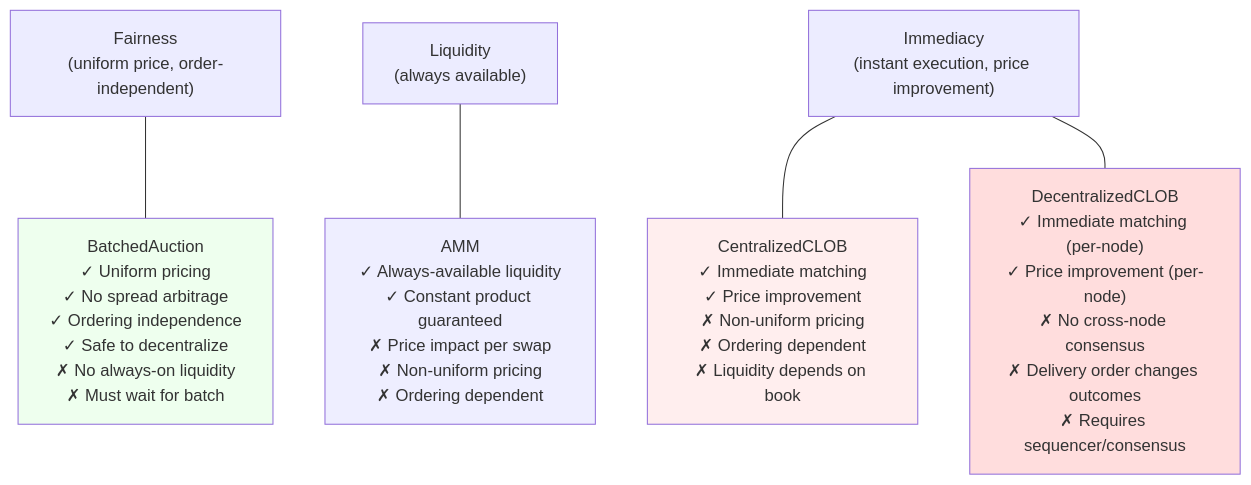
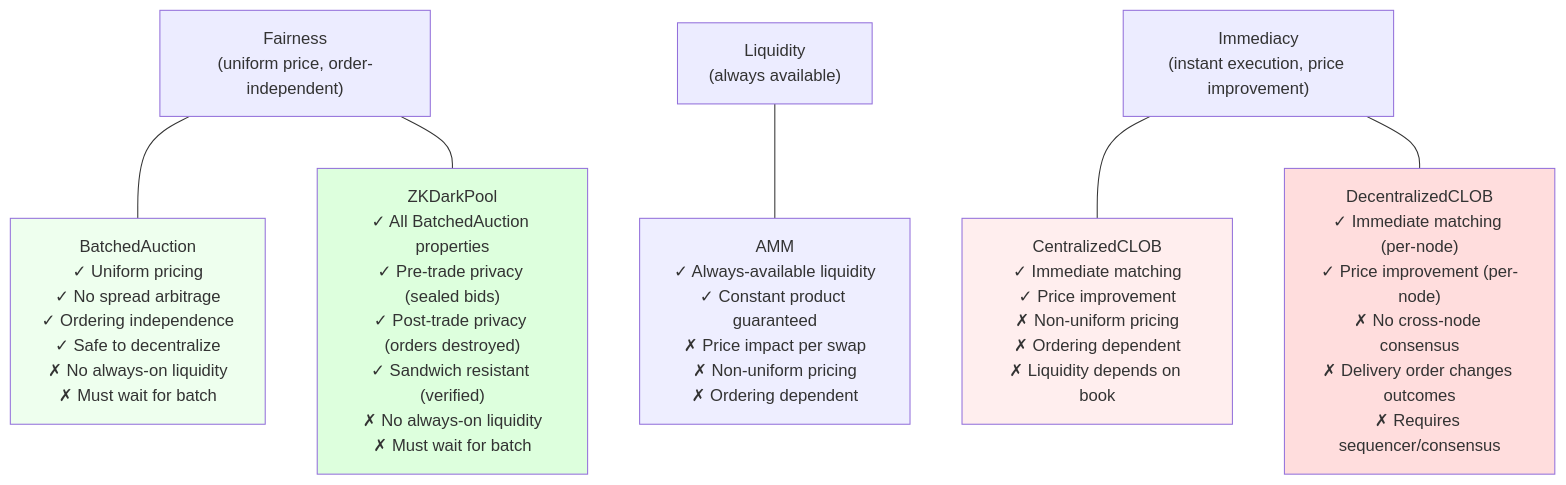
Before and after one commit to oxarbitrage/formal-market-mechanisms: the tenth of 10 diagrams in README.md, drawn with Mermaid. The commit also changed other lines of this file and 2 other files, not shown here.

First line of the commit message:
add ZKDarkPool spec: sealed-bid batch auction with privacy for MEV elimination

````diff
--- a/README.md
+++ b/README.md
@@ -407,16 +474,18 @@
 ```mermaid
 graph TD
     F["Fairness<br/>(uniform price, order-independent)"]
     L["Liquidity<br/>(always available)"]
     I["Immediacy<br/>(instant execution, price improvement)"]
 
     F --- BA["BatchedAuction<br/>✓ Uniform pricing<br/>✓ No spread arbitrage<br/>✓ Ordering independence<br/>✓ Safe to decentralize<br/>✗ No always-on liquidity<br/>✗ Must wait for batch"]
+    F --- ZKD["ZKDarkPool<br/>✓ All BatchedAuction properties<br/>✓ Pre-trade privacy (sealed bids)<br/>✓ Post-trade privacy (orders destroyed)<br/>✓ Sandwich resistant (verified)<br/>✗ No always-on liquidity<br/>✗ Must wait for batch"]
     L --- AMM_N["AMM<br/>✓ Always-available liquidity<br/>✓ Constant product guaranteed<br/>✗ Price impact per swap<br/>✗ Non-uniform pricing<br/>✗ Ordering dependent"]
     I --- CLOB_N["CentralizedCLOB<br/>✓ Immediate matching<br/>✓ Price improvement<br/>✗ Non-uniform pricing<br/>✗ Ordering dependent<br/>✗ Liquidity depends on book"]
     I --- DCLOB_N["DecentralizedCLOB<br/>✓ Immediate matching (per-node)<br/>✓ Price improvement (per-node)<br/>✗ No cross-node consensus<br/>✗ Delivery order changes outcomes<br/>✗ Requires sequencer/consensus"]
 
     style BA fill:#efe
     style AMM_N fill:#eef
     style CLOB_N fill:#fee
+    style ZKD fill:#dfd
     style DCLOB_N fill:#fdd
 ```
````
